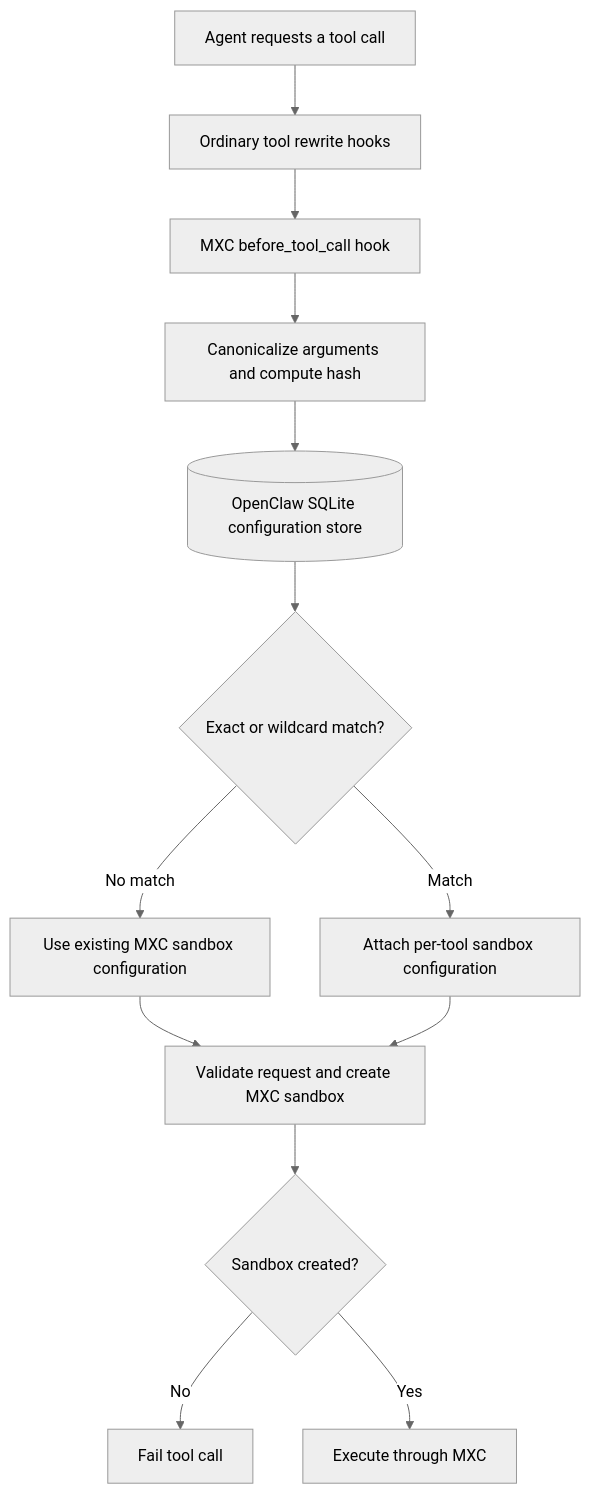
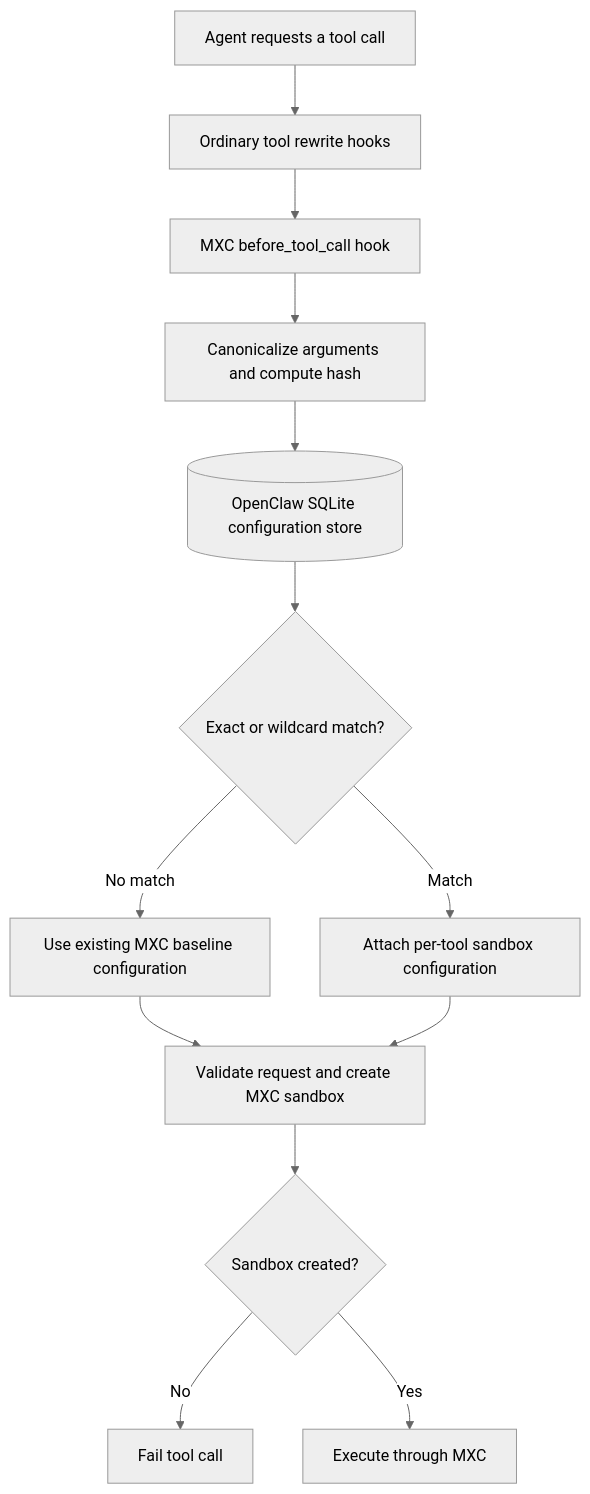
One commit to ChazGo/rfcs changed the diagram in rfcs/0026-mxc-per-tool-policy-advisor.md. Above: the diagram before and after it, drawn with Mermaid (neutral theme). The commit also changed other lines of this file, not shown here.

First line of the commit message:
docs: add Learning Mode to MXC sandbox RFC

````diff
--- a/rfcs/0026-mxc-per-tool-policy-advisor.md
+++ b/rfcs/0026-mxc-per-tool-policy-advisor.md
@@ -111,17 +125,17 @@
 ```mermaid
 flowchart TD
     A[Agent requests a tool call] --> B[Ordinary tool rewrite hooks]
     B --> C[MXC before_tool_call hook]
     C --> D[Canonicalize arguments and compute hash]
     D --> E[(OpenClaw SQLite configuration store)]
     E --> F{Exact or wildcard match?}
 
-    F -->|No match| G[Use existing MXC sandbox configuration]
+    F -->|No match| G[Use existing MXC baseline configuration]
     F -->|Match| H[Attach per-tool sandbox configuration]
 
     G --> I[Validate request and create MXC sandbox]
     H --> I
     I --> J{Sandbox created?}
     J -->|No| K[Fail tool call]
     J -->|Yes| L[Execute through MXC]
 ```
````
